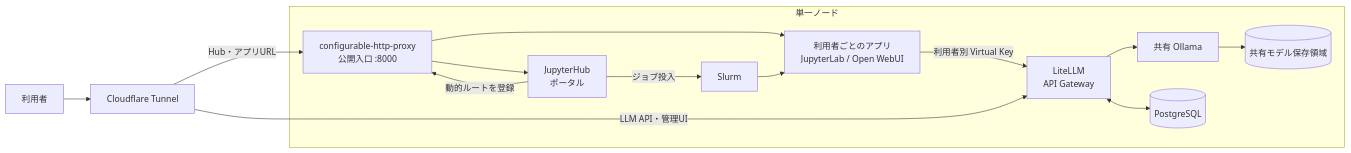
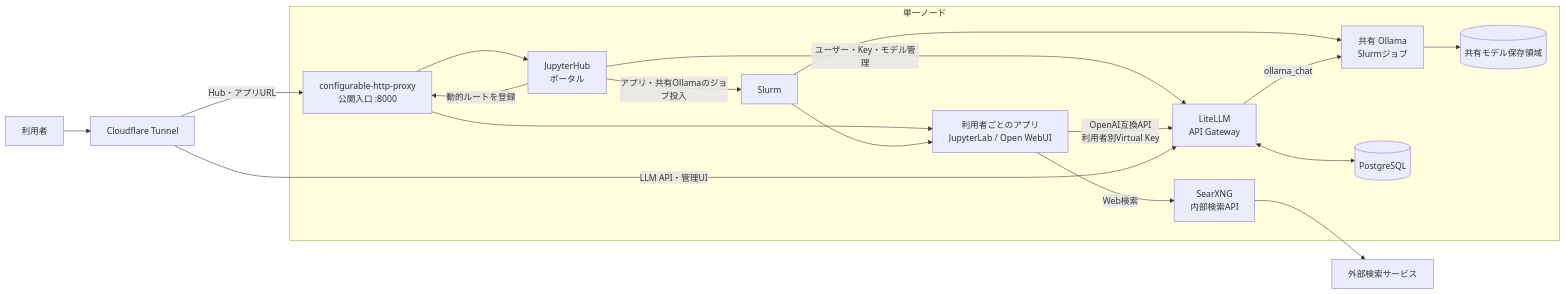
Before and after one commit to koichi2426/HPC-portal: the first of 2 diagrams in README.md, drawn with Mermaid. The commit also changed other lines of this file and 1 other file, not shown here.

Commit message:
[docs] システムアーキテクチャを現行構成へ更新した

````diff
--- a/README.md
+++ b/README.md
@@ -23,29 +23,35 @@
 ```mermaid
 flowchart LR
     User[利用者]
     CF[Cloudflare Tunnel]
+    Search[外部検索サービス]
 
     subgraph Host[単一ノード]
         Proxy[configurable-http-proxy<br/>公開入口 :8000]
         JHub[JupyterHub<br/>ポータル]
         Slurm[Slurm]
         Apps[利用者ごとのアプリ<br/>JupyterLab / Open WebUI]
         LiteLLM[LiteLLM<br/>API Gateway]
-        Ollama[共有 Ollama]
+        Ollama[共有 Ollama<br/>Slurmジョブ]
+        SearXNG[SearXNG<br/>内部検索API]
         DB[(PostgreSQL)]
         Models[(共有モデル保存領域)]
     end
 
     User --> CF
     CF -->|Hub・アプリURL| Proxy
     Proxy --> JHub
     Proxy --> Apps
     JHub -->|動的ルートを登録| Proxy
-    JHub -->|ジョブ投入| Slurm
+    JHub -->|アプリ・共有Ollamaのジョブ投入| Slurm
     Slurm --> Apps
-    Apps -->|利用者別 Virtual Key| LiteLLM
+    Slurm --> Ollama
+    JHub -->|ユーザー・Key・モデル管理| LiteLLM
+    Apps -->|OpenAI互換API<br/>利用者別Virtual Key| LiteLLM
+    Apps -->|Web検索| SearXNG
+    SearXNG --> Search
     CF -->|LLM API・管理UI| LiteLLM
     LiteLLM <--> DB
-    LiteLLM --> Ollama
+    LiteLLM -->|ollama_chat| Ollama
     Ollama --> Models
 ```
````
